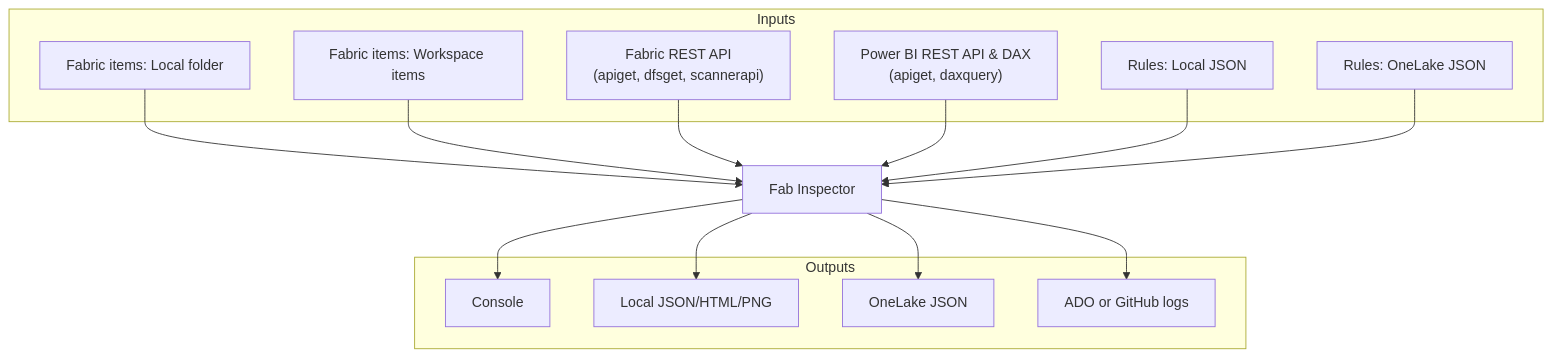
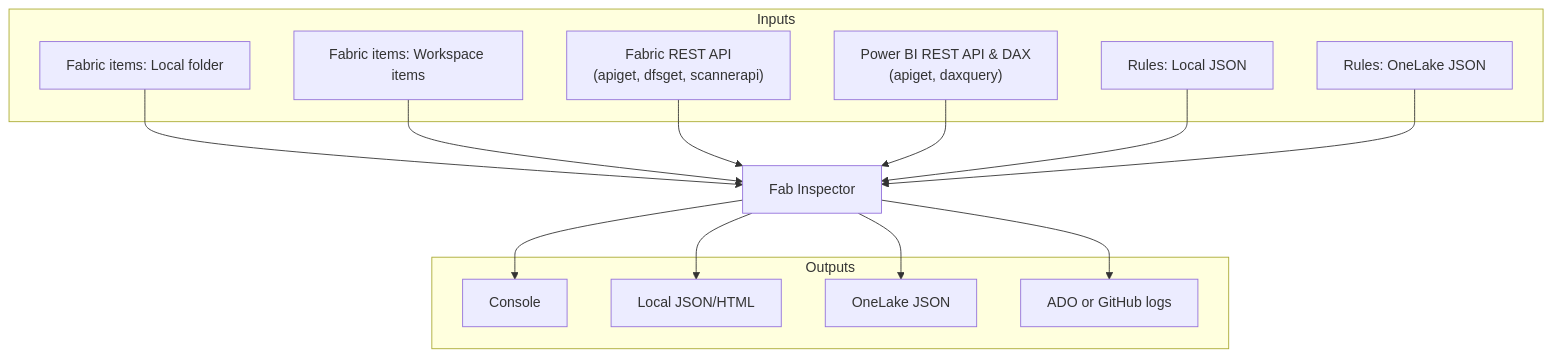
The fifth of 5 diagrams in README.md (NatVanG/fab-inspector), drawn with Mermaid before and after one commit. The commit also changed other lines of this file, not shown here.

````diff
--- a/README.md
+++ b/README.md
@@ -174,31 +175,31 @@
 ```mermaid
 flowchart TB
     subgraph Inputs
       A1[Fabric items: Local folder]
       A2[Fabric items: Workspace items]
       A3["Fabric REST API\n(apiget, dfsget, scannerapi)"]
       A4["Power BI REST API & DAX\n(apiget, daxquery)"]
       B1[Rules: Local JSON]
       B2[Rules: OneLake JSON]
     end
 
     C[Fab Inspector]
 
     subgraph Outputs
       D1[Console]
-      D2[Local JSON/HTML/PNG]
+      D2[Local JSON/HTML]
       D3[OneLake JSON]
       D4[ADO or GitHub logs]
     end
 
     A1 --> C
     A2 --> C
     A3 --> C
     A4 --> C
     B1 --> C
     B2 --> C
     C --> D1
     C --> D2
     C --> D3
     C --> D4
 ```
````
